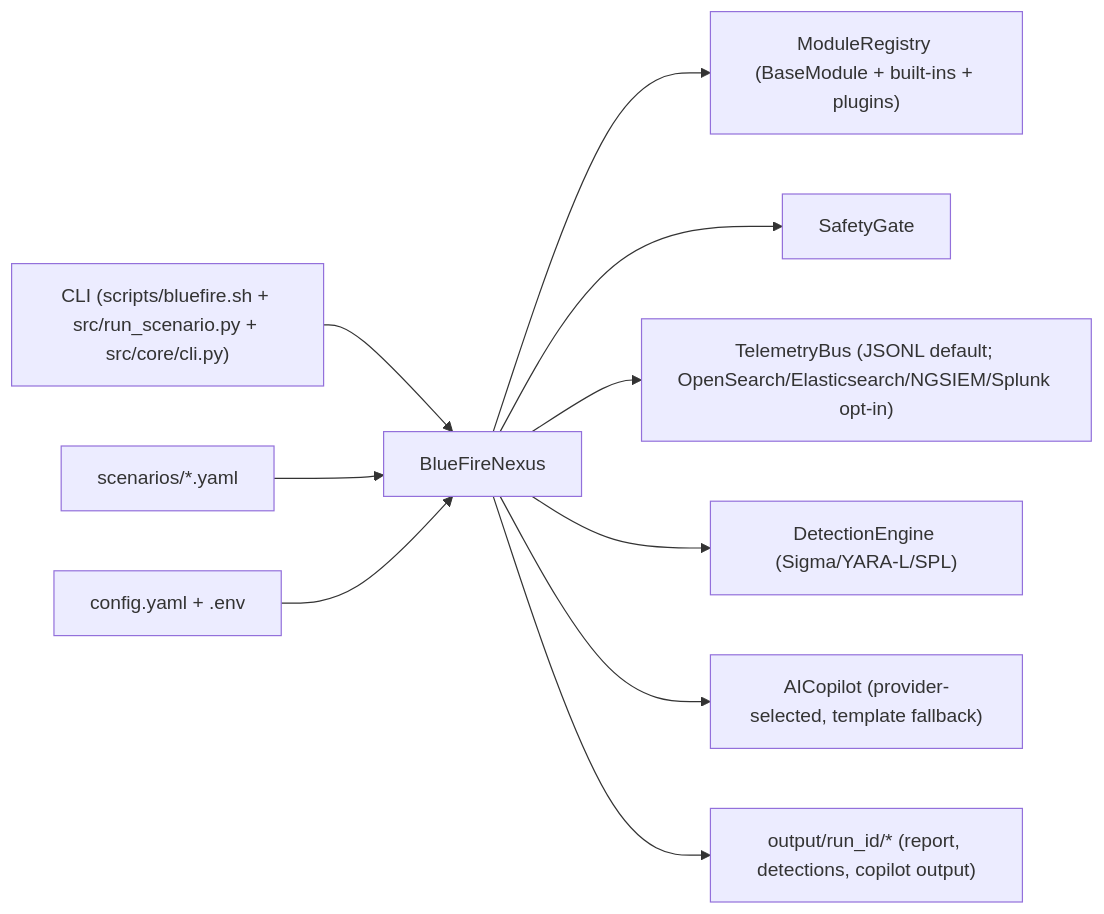
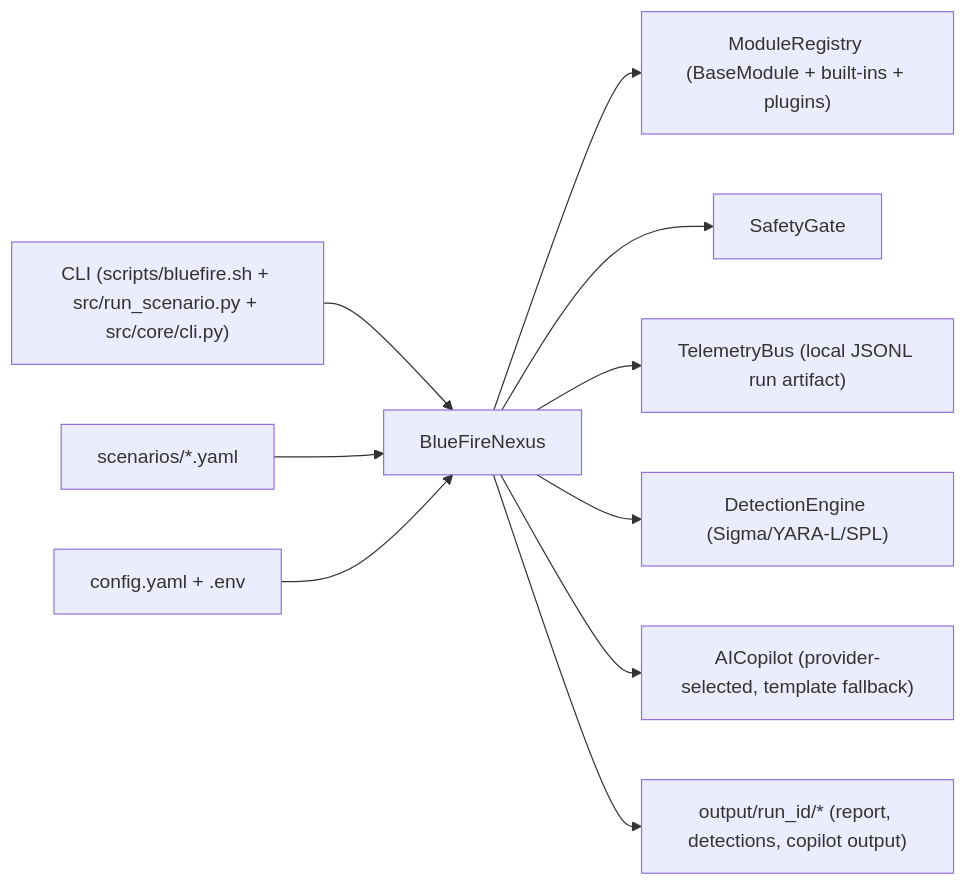
The diagram in README.md (Moneer-S/BlueFire-Nexus), drawn with Mermaid before and after one commit. The commit also changed other lines of this file and 10 other files, not shown here.

First line of the commit message:
Remove SIEM exporters from baseline; keep local JSONL telemetry

````diff
--- a/README.md
+++ b/README.md
@@ -151,12 +151,12 @@
 ```mermaid
 flowchart LR
     cliRunner["CLI (scripts/bluefire.sh + src/run_scenario.py + src/core/cli.py)"] --> orchestrator["BlueFireNexus"]
     scenarioFiles["scenarios/*.yaml"] --> orchestrator
     configYaml["config.yaml + .env"] --> orchestrator
     orchestrator --> moduleRegistry["ModuleRegistry (BaseModule + built-ins + plugins)"]
     orchestrator --> safetyGate["SafetyGate"]
-    orchestrator --> telemetryBus["TelemetryBus (JSONL default; OpenSearch/Elasticsearch/NGSIEM/Splunk opt-in)"]
+    orchestrator --> telemetryBus["TelemetryBus (local JSONL run artifact)"]
     orchestrator --> detectionGen["DetectionEngine (Sigma/YARA-L/SPL)"]
     orchestrator --> aiCopilot["AICopilot (provider-selected, template fallback)"]
     orchestrator --> runArtifacts["output/run_id/* (report, detections, copilot output)"]
 ```
````
